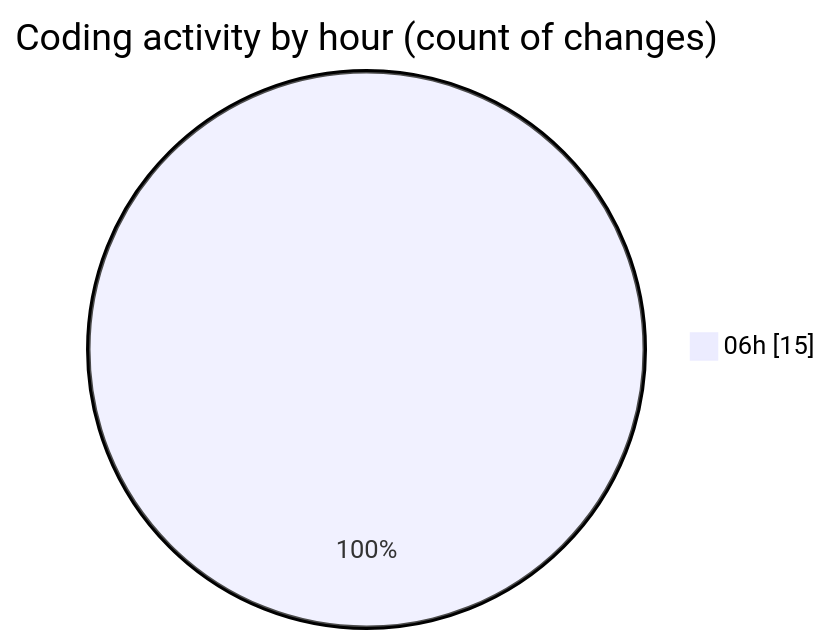
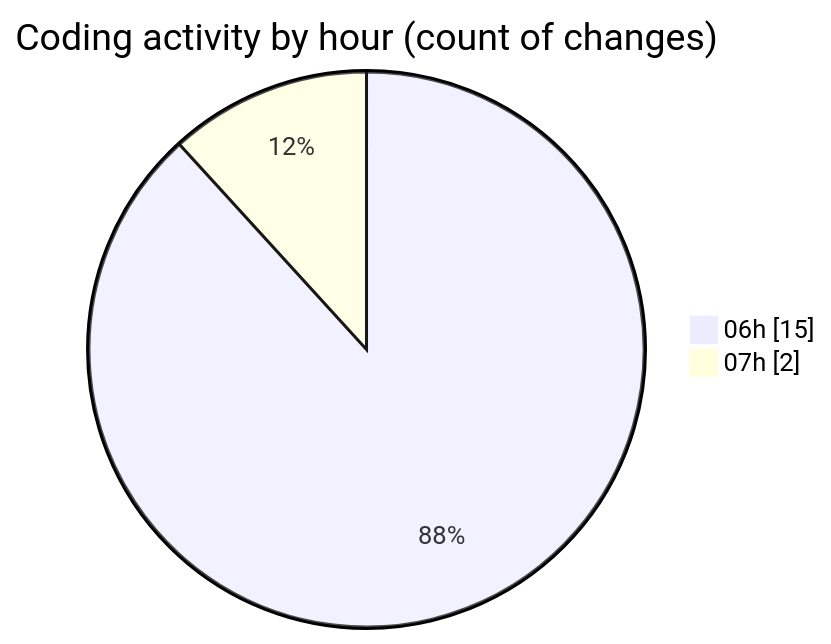
One commit to FelipKnott/code-tracking changed the second of 2 diagrams in 2025-07-17/projeto_sistema/README.md. Above: the diagram before and after it, drawn with Mermaid. The commit also changed other lines of this file and 1 other file, not shown here.

````diff
--- a/2025-07-17/projeto_sistema/README.md
+++ b/2025-07-17/projeto_sistema/README.md
@@ -34,5 +35,6 @@
 ```mermaid
 pie showData
 title Coding activity by hour (count of changes)
 "06h" : 15
+"07h" : 2
 ```
````
